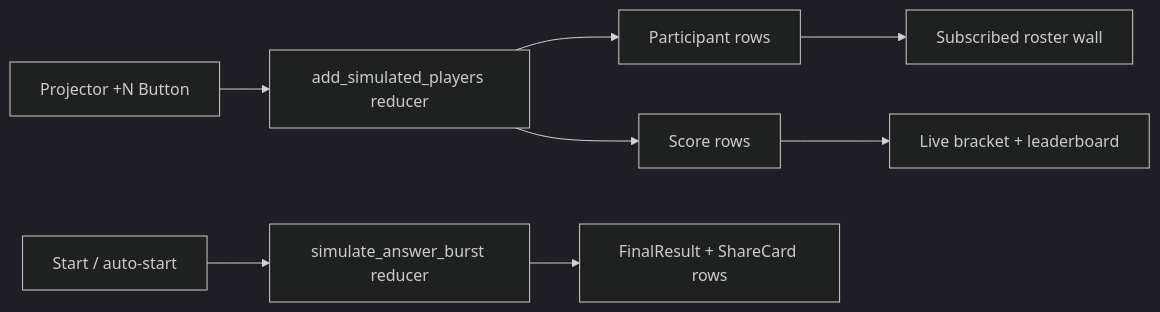
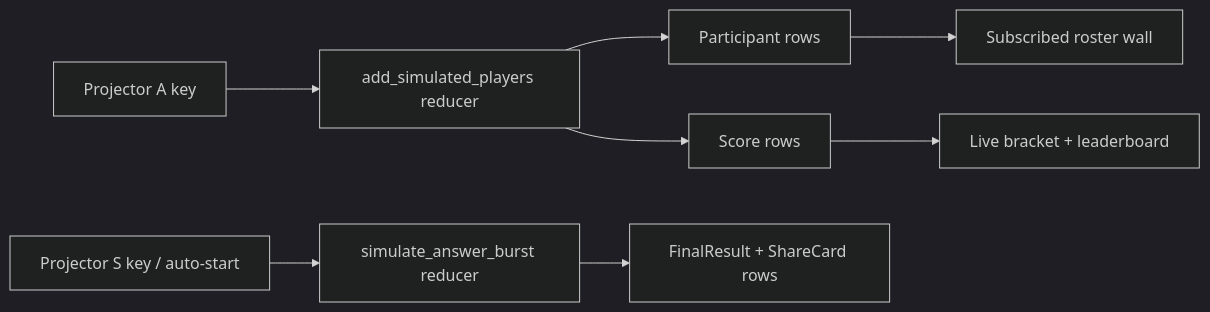
Before and after one commit to roshaninfordham/quizel: the first of 3 diagrams in docs/realtime-demo-runbook.md, drawn with Mermaid (dark theme). The commit also changed other lines of this file and 5 other files, not shown here.

````diff
--- a/docs/realtime-demo-runbook.md
+++ b/docs/realtime-demo-runbook.md
@@ -47,10 +46,10 @@
 ```mermaid
 flowchart LR
-    Button[Projector +N Button] --> Reducer[add_simulated_players reducer]
+    Key[Projector A key] --> Reducer[add_simulated_players reducer]
     Reducer --> Participant[Participant rows]
     Reducer --> Score[Score rows]
     Participant --> Projector[Subscribed roster wall]
     Score --> Bracket[Live bracket + leaderboard]
-    Start[Start / auto-start] --> Answers[simulate_answer_burst reducer]
+    Start[Projector S key / auto-start] --> Answers[simulate_answer_burst reducer]
     Answers --> Final[FinalResult + ShareCard rows]
 ```
````
